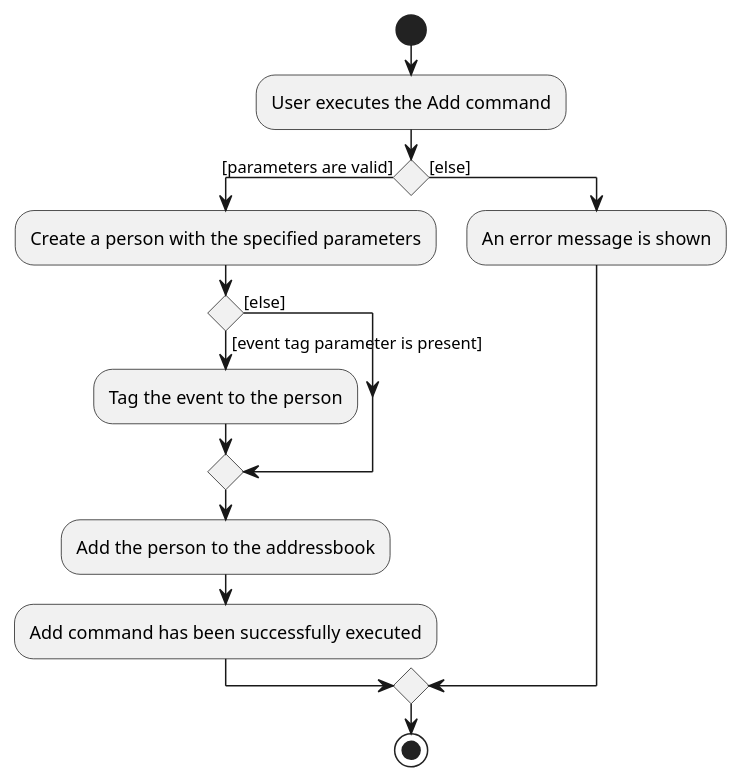
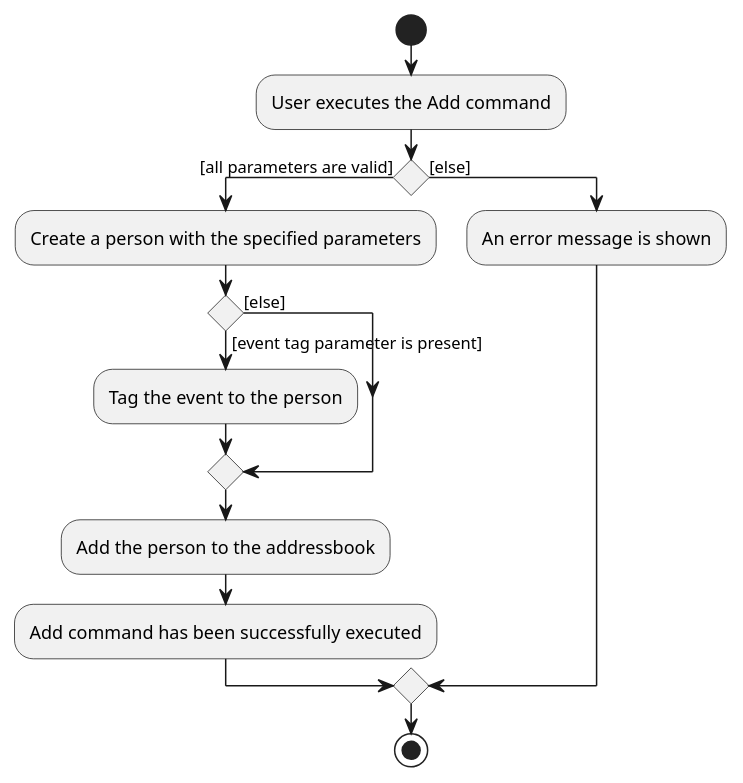
One commit to nus-cs2103-AY2223S2/tp changed the diagram in docs/diagrams/AddCommandActivityDiagram.puml. Above: the diagram before and after it, drawn with PlantUML. The commit also changed 2 other files, not shown here.

Commit message:
Update UML diagram and PPP

```diff
--- a/docs/diagrams/AddCommandActivityDiagram.puml
+++ b/docs/diagrams/AddCommandActivityDiagram.puml
@@ -1,20 +1,20 @@
 @startuml
 start
 :User executes the Add command;
 
 'Since the beta syntax does not support placing the condition outside the
 'diamond we place it as the true branch instead.
 
-if () then ([parameters are valid])
+if () then ([all parameters are valid])
     :Create a person with the specified parameters;
 if () then ([event tag parameter is present])
     :Tag the event to the person;
 else ([else])
 endif
     :Add the person to the addressbook;
     :Add command has been successfully executed;
 else ([else])
     :An error message is shown;
 endif
 stop
 @enduml
```
